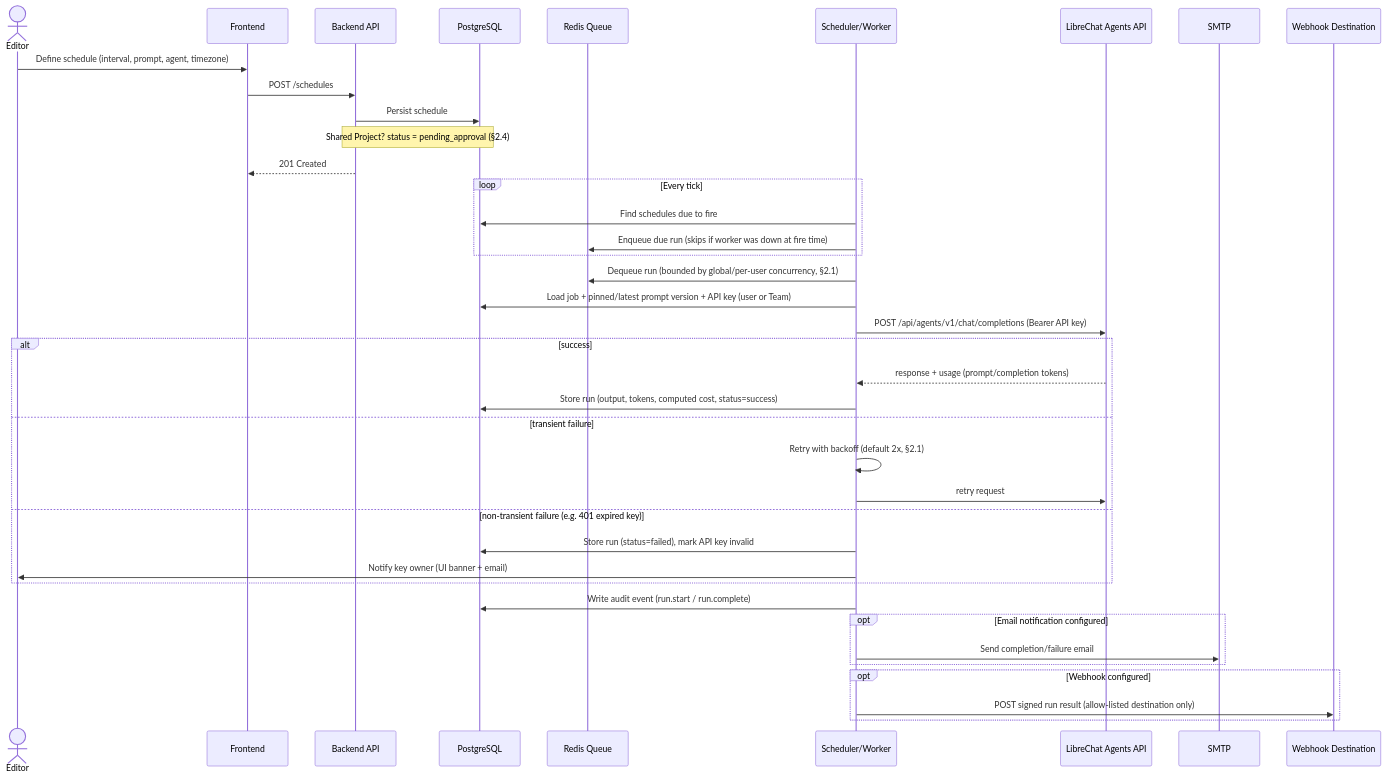
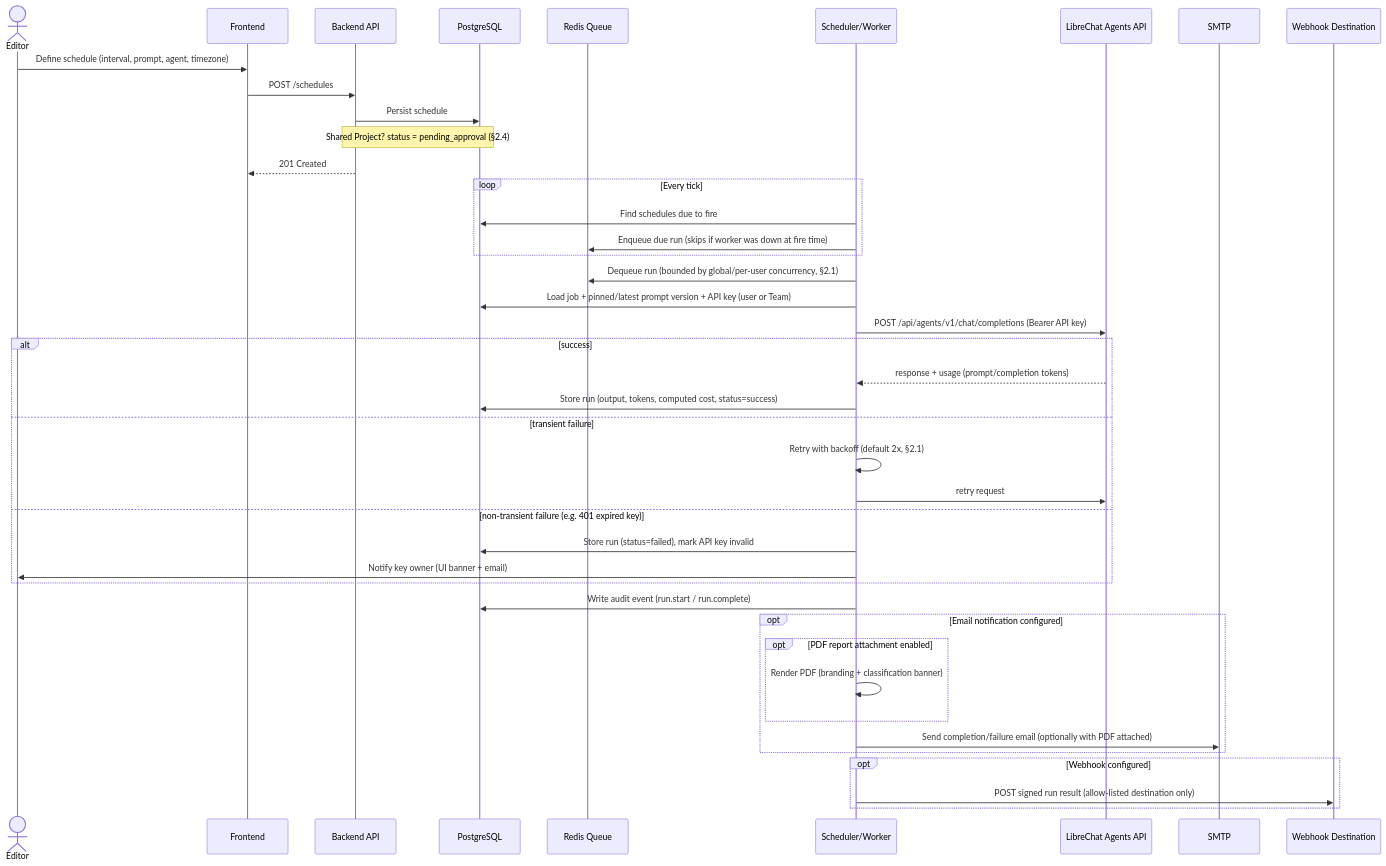
Before and after one commit to schuecl/nexus-scheduler: the third of 7 diagrams in ARCHITECTURE.md, drawn with Mermaid. The commit also changed other lines of this file and 1 other file, not shown here.

Commit message:
Add PDF report generation and email delivery requirement
New §2.5 Report Generation & Delivery: on-demand PDF rendering (a
well-known, offline-capable HTML-to-PDF engine) for job/run output
and admin usage reports, delivered via the existing SMTP integration
as an email attachment or downloaded on demand from the UI. Reports
carry the same branding as the web UI plus the system-wide
classification banner, so marking travels with exported documents.
Added a security note that the renderer must not fetch remote
resources, mirroring the webhook allow-list's SSRF rationale. Updated
ARCHITECTURE.md's component table and job-execution sequence diagram
to match.

Claude-Session: https://claude.ai/code/session_01RM9rQhxTNNGyVSoFzhZ2yV

````diff
--- a/ARCHITECTURE.md
+++ b/ARCHITECTURE.md
@@ -95,44 +96,47 @@
 ```mermaid
 sequenceDiagram
     actor U as Editor
     participant FE as Frontend
     participant API as Backend API
     participant DB as PostgreSQL
     participant Q as Redis Queue
     participant W as Scheduler/Worker
     participant LC as LibreChat Agents API
     participant SMTP as SMTP
     participant WH as Webhook Destination
 
     U->>FE: Define schedule (interval, prompt, agent, timezone)
     FE->>API: POST /schedules
     API->>DB: Persist schedule
     Note over API,DB: Shared Project? status = pending_approval (§2.4)
     API-->>FE: 201 Created
 
     loop Every tick
         W->>DB: Find schedules due to fire
         W->>Q: Enqueue due run (skips if worker was down at fire time)
     end
 
     W->>Q: Dequeue run (bounded by global/per-user concurrency, §2.1)
     W->>DB: Load job + pinned/latest prompt version + API key (user or Team)
     W->>LC: POST /api/agents/v1/chat/completions (Bearer API key)
     alt success
         LC-->>W: response + usage (prompt/completion tokens)
         W->>DB: Store run (output, tokens, computed cost, status=success)
     else transient failure
         W->>W: Retry with backoff (default 2x, §2.1)
         W->>LC: retry request
     else non-transient failure (e.g. 401 expired key)
         W->>DB: Store run (status=failed), mark API key invalid
         W->>U: Notify key owner (UI banner + email)
     end
     W->>DB: Write audit event (run.start / run.complete)
     opt Email notification configured
-        W->>SMTP: Send completion/failure email
+        opt PDF report attachment enabled
+            W->>W: Render PDF (branding + classification banner)
+        end
+        W->>SMTP: Send completion/failure email (optionally with PDF attached)
     end
     opt Webhook configured
         W->>WH: POST signed run result (allow-listed destination only)
     end
 ```
````
